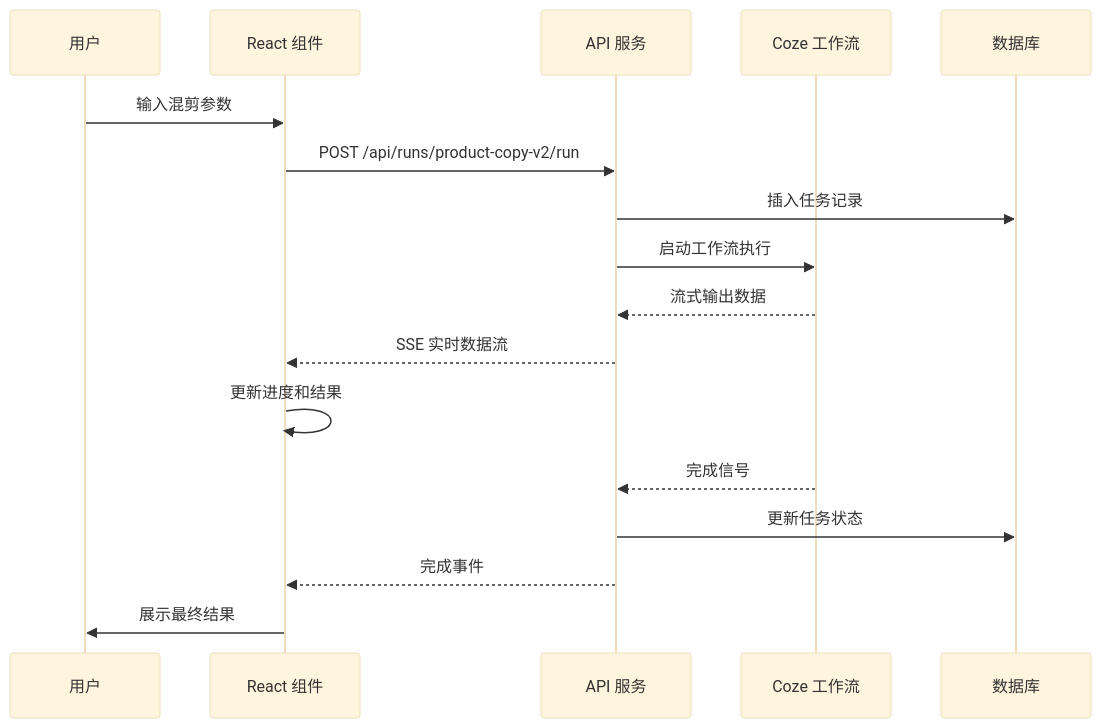
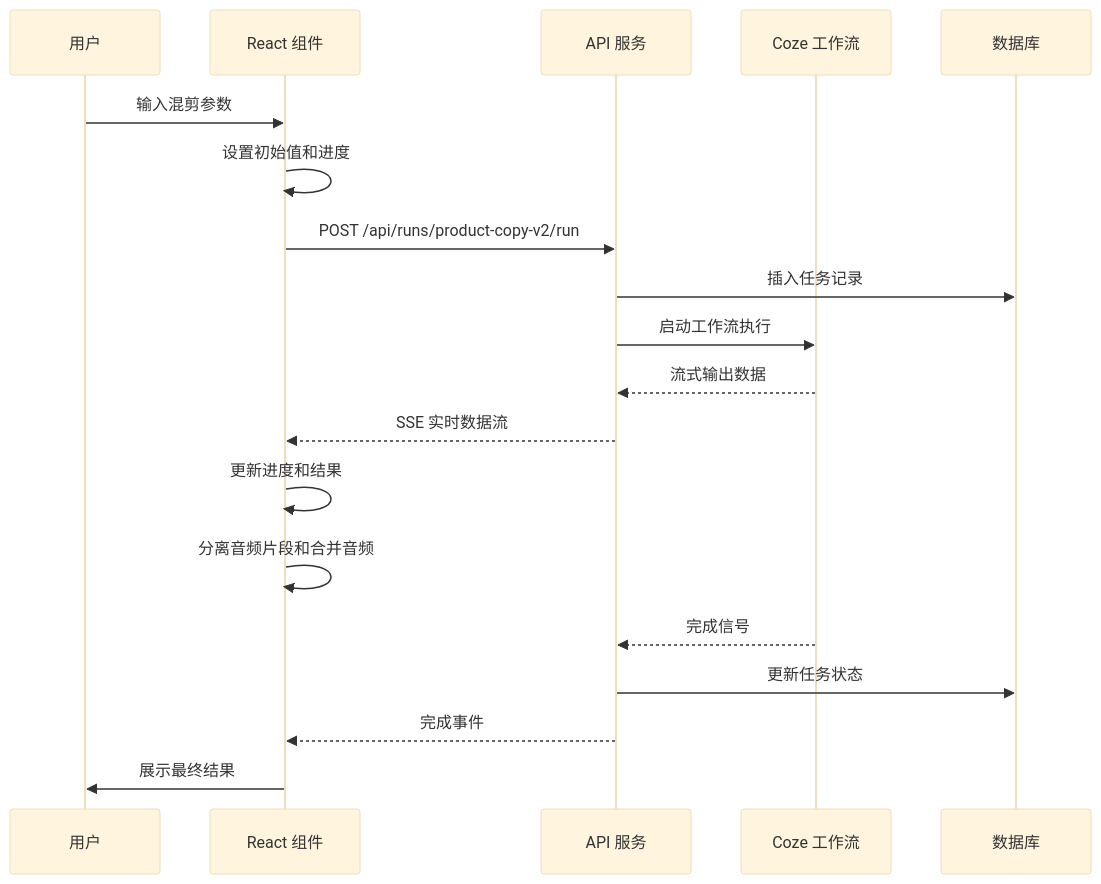
One commit to hanksd769-droid/sailshub changed the third of 11 diagrams in .qoder/repowiki/zh/content/前端组件架构/页面组件/混剪功能页面.md. Above: the diagram before and after it, drawn with Mermaid (base theme). The commit also changed other lines of this file and 3 other files, not shown here.

````diff
--- a/.qoder/repowiki/zh/content/前端组件架构/页面组件/混剪功能页面.md
+++ b/.qoder/repowiki/zh/content/前端组件架构/页面组件/混剪功能页面.md
@@ -164,19 +186,21 @@
 ```mermaid
 sequenceDiagram
 participant User as 用户
 participant UI as React 组件
 participant API as API 服务
 participant Coze as Coze 工作流
 participant DB as 数据库
 User->>UI : 输入混剪参数
+UI->>UI : 设置初始值和进度
 UI->>API : POST /api/runs/product-copy-v2/run
 API->>DB : 插入任务记录
 API->>Coze : 启动工作流执行
 Coze-->>API : 流式输出数据
 API-->>UI : SSE 实时数据流
 UI->>UI : 更新进度和结果
+UI->>UI : 分离音频片段和合并音频
 Coze-->>API : 完成信号
 API->>DB : 更新任务状态
 API-->>UI : 完成事件
 UI->>User : 展示最终结果
 ```
````
